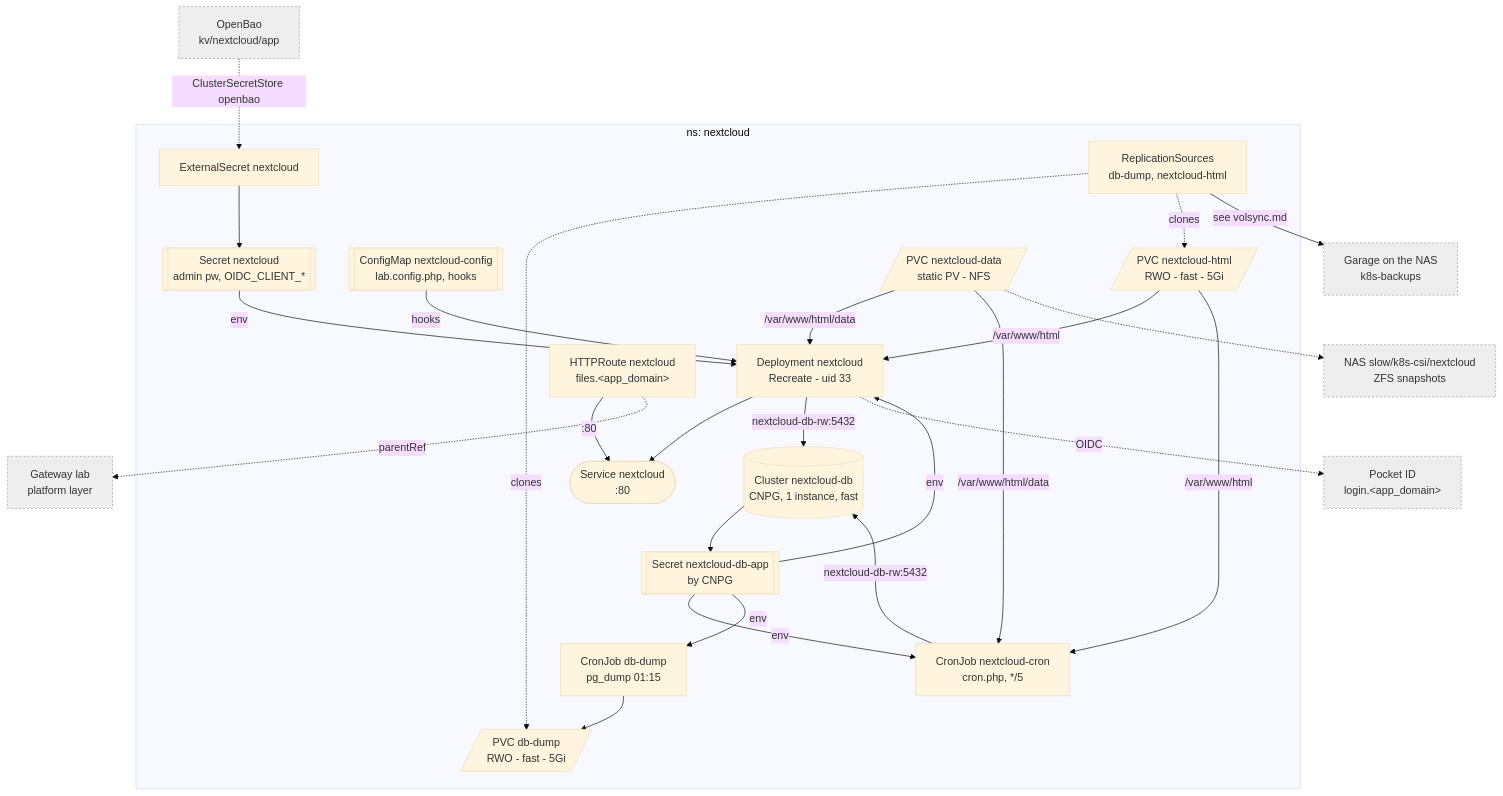
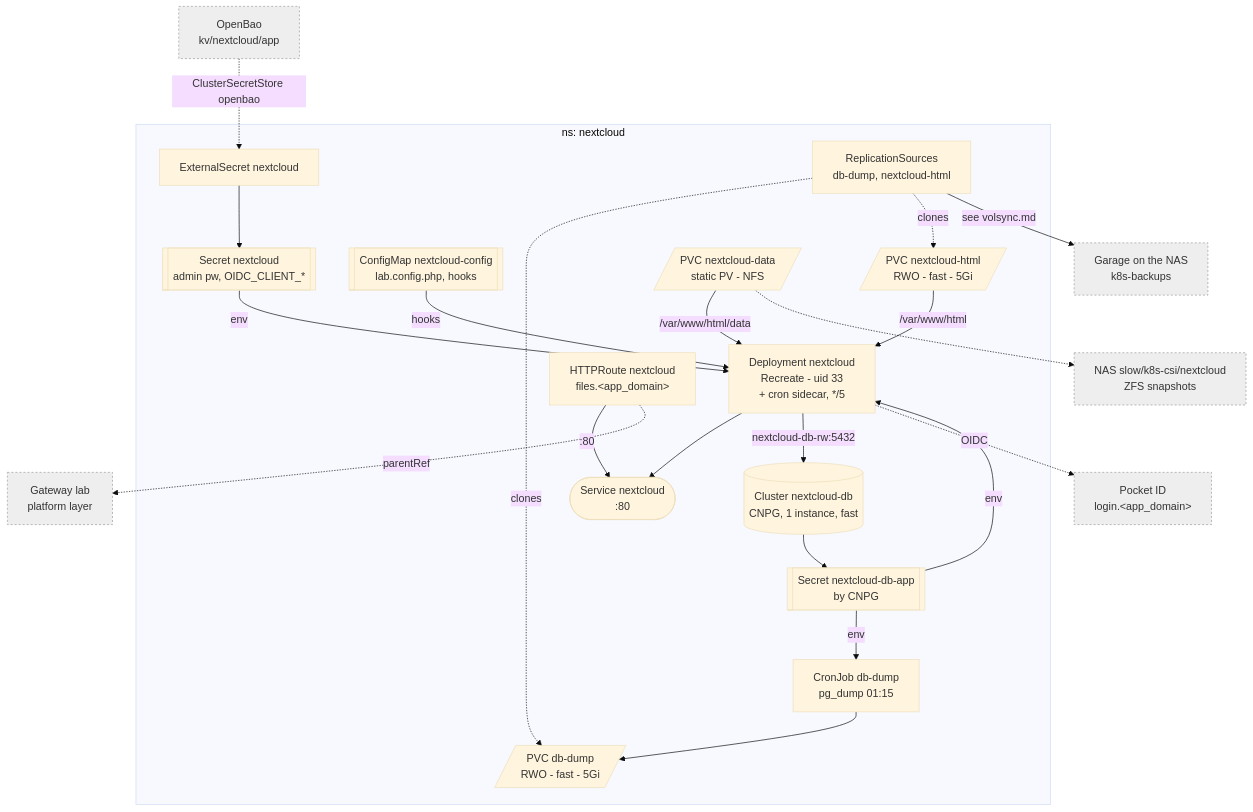
The diagram in docs/nextcloud.md (Sojamann/homelab-apps), drawn with Mermaid (base theme) before and after one commit. The commit also changed other lines of this file and 3 other files, not shown here.

Commit message:
refactor(nextcloud): background jobs as sidecar instead of CronJob

````diff
--- a/docs/nextcloud.md
+++ b/docs/nextcloud.md
@@ -7,31 +7,30 @@
 ```mermaid
 graph TD
   subgraph nc["ns: nextcloud"]
     ES["ExternalSecret nextcloud"] --> SEC[["Secret nextcloud<br/>admin pw, OIDC_CLIENT_*"]]
     CM[["ConfigMap nextcloud-config<br/>lab.config.php, hooks"]]
-    SRV["Deployment nextcloud<br/>Recreate - uid 33"]
-    CRON["CronJob nextcloud-cron<br/>cron.php, */5"]
+    SRV["Deployment nextcloud<br/>Recreate - uid 33<br/>+ cron sidecar, */5"]
     SVC(["Service nextcloud<br/>:80"])
     SRV --> SVC
     SEC -->|env| SRV
     CM -->|hooks| SRV
-    HTML[/"PVC nextcloud-html<br/>RWO - fast - 5Gi"/] -->|/var/www/html| SRV & CRON
-    DATA[/"PVC nextcloud-data<br/>static PV - NFS"/] -->|/var/www/html/data| SRV & CRON
+    HTML[/"PVC nextcloud-html<br/>RWO - fast - 5Gi"/] -->|/var/www/html| SRV
+    DATA[/"PVC nextcloud-data<br/>static PV - NFS"/] -->|/var/www/html/data| SRV
     DB[("Cluster nextcloud-db<br/>CNPG, 1 instance, fast")]
     DBS[["Secret nextcloud-db-app<br/>by CNPG"]]
-    DB --> DBS -->|env| SRV & CRON & DUMP
-    SRV & CRON -->|nextcloud-db-rw:5432| DB
+    DB --> DBS -->|env| SRV & DUMP
+    SRV -->|nextcloud-db-rw:5432| DB
     DUMP["CronJob db-dump<br/>pg_dump 01:15"] --> DUMPV[/"PVC db-dump<br/>RWO - fast - 5Gi"/]
     RS["ReplicationSources<br/>db-dump, nextcloud-html"] -.->|clones| DUMPV & HTML
     HR["HTTPRoute nextcloud<br/>files.&lt;app_domain&gt;"] -->|:80| SVC
   end
 
   HR -.->|parentRef| GW["Gateway lab<br/>platform layer"]
   BAO["OpenBao<br/>kv/nextcloud/app"] -.->|ClusterSecretStore openbao| ES
   SRV -.->|OIDC| PID["Pocket ID<br/>login.&lt;app_domain&gt;"]
   RS -->|see volsync.md| GA["Garage on the NAS<br/>k8s-backups"]
   DATA -.-> NAS["NAS slow/k8s-csi/nextcloud<br/>ZFS snapshots"]
 
   classDef ext fill:#eee,stroke:#999,stroke-dasharray:3 3;
   class GW,BAO,PID,GA,NAS ext;
 ```
````
